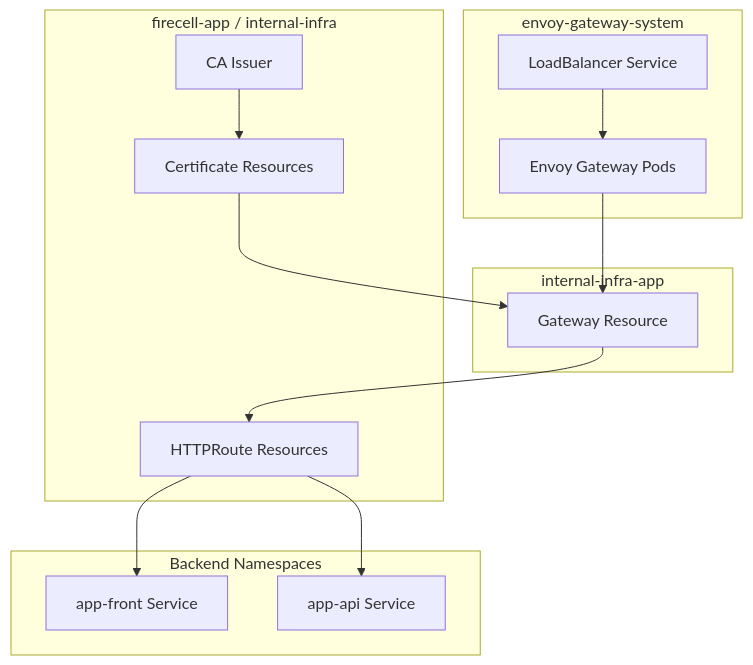
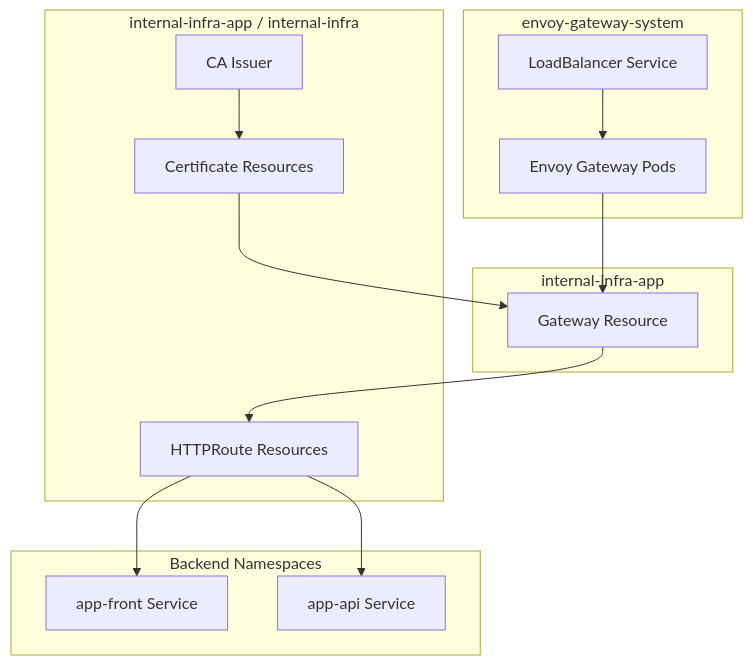
The fifth of 5 diagrams in ARCHITECTURE.md (moe-git-pro/envoy-proxy-setup), drawn with Mermaid before and after one commit. The commit also changed 6 other files, not shown here.

Commit message:
Replace firecell with internal-infra throughout the codebase

````diff
--- a/ARCHITECTURE.md
+++ b/ARCHITECTURE.md
@@ -130,30 +130,30 @@
 ```mermaid
 graph TB
     subgraph "envoy-gateway-system"
         LB_NS[LoadBalancer Service]
         EG_NS[Envoy Gateway Pods]
     end
     
     subgraph "internal-infra-app"
         GW_NS[Gateway Resource]
     end
     
-    subgraph "firecell-app / internal-infra"
+    subgraph "internal-infra-app / internal-infra"
         Route_NS[HTTPRoute Resources]
         Cert_NS[Certificate Resources]
         Issuer_NS[CA Issuer]
     end
     
     subgraph "Backend Namespaces"
         Frontend_NS[app-front Service]
         API_NS[app-api Service]
     end
     
     LB_NS --> EG_NS
     EG_NS --> GW_NS
     GW_NS --> Route_NS
     Route_NS --> Frontend_NS
     Route_NS --> API_NS
     Issuer_NS --> Cert_NS
     Cert_NS --> GW_NS
 ```
````
